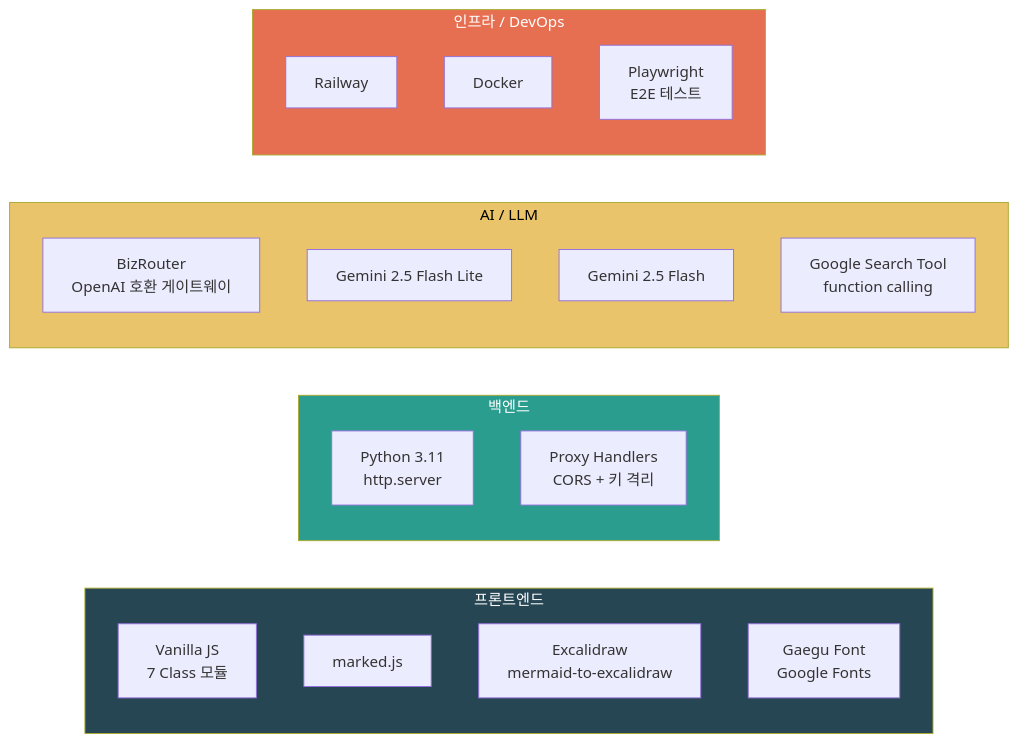
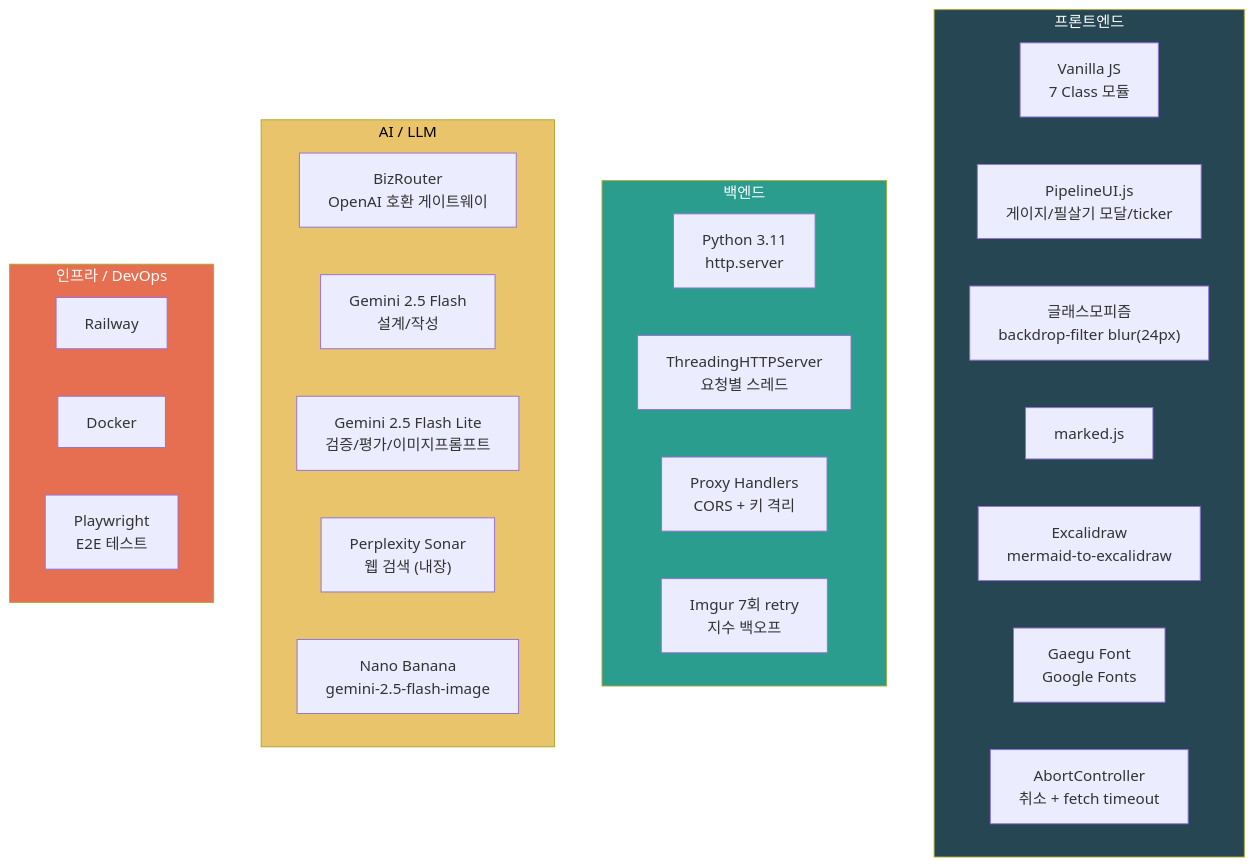
The seventh of 11 diagrams in README.md (Technoetic/blog-generator), drawn with Mermaid before and after one commit. The commit also changed other lines of this file, not shown here.

First line of the commit message:
docs: 기술 스택 다이어그램 + 테이블 최신화

````diff
--- a/README.md
+++ b/README.md
@@ -355,32 +355,38 @@
 ```mermaid
-graph LR
+graph TD
     subgraph frontend["프론트엔드"]
         VJS["Vanilla JS<br/>7 Class 모듈"]
+        UI_MGR["PipelineUI.js<br/>게이지/필살기 모달/ticker"]
+        GLASS["글래스모피즘<br/>backdrop-filter blur(24px)"]
         MARKED["marked.js"]
         EXCAL["Excalidraw<br/>mermaid-to-excalidraw"]
         GAEGU["Gaegu Font<br/>Google Fonts"]
+        ABORT["AbortController<br/>취소 + fetch timeout"]
     end
 
     subgraph backendStack["백엔드"]
         PY["Python 3.11<br/>http.server"]
+        THR["ThreadingHTTPServer<br/>요청별 스레드"]
         PROXY["Proxy Handlers<br/>CORS + 키 격리"]
+        IMGRTR["Imgur 7회 retry<br/>지수 백오프"]
     end
 
     subgraph aiStack["AI / LLM"]
         BIZ["BizRouter<br/>OpenAI 호환 게이트웨이"]
-        GM["Gemini 2.5 Flash Lite"]
-        GM2["Gemini 2.5 Flash"]
-        GSEARCH["Google Search Tool<br/>function calling"]
+        GM2["Gemini 2.5 Flash<br/>설계/작성"]
+        GM["Gemini 2.5 Flash Lite<br/>검증/평가/이미지프롬프트"]
+        SONAR["Perplexity Sonar<br/>웹 검색 (내장)"]
+        NB["Nano Banana<br/>gemini-2.5-flash-image"]
     end
 
     subgraph infra["인프라 / DevOps"]
         RAIL["Railway"]
         DOCK["Docker"]
         PW["Playwright<br/>E2E 테스트"]
     end
 
     style frontend fill:#264653,color:#fff
     style backendStack fill:#2a9d8f,color:#fff
     style aiStack fill:#e9c46a,color:#000
     style infra fill:#e76f51,color:#fff
 ```
````
